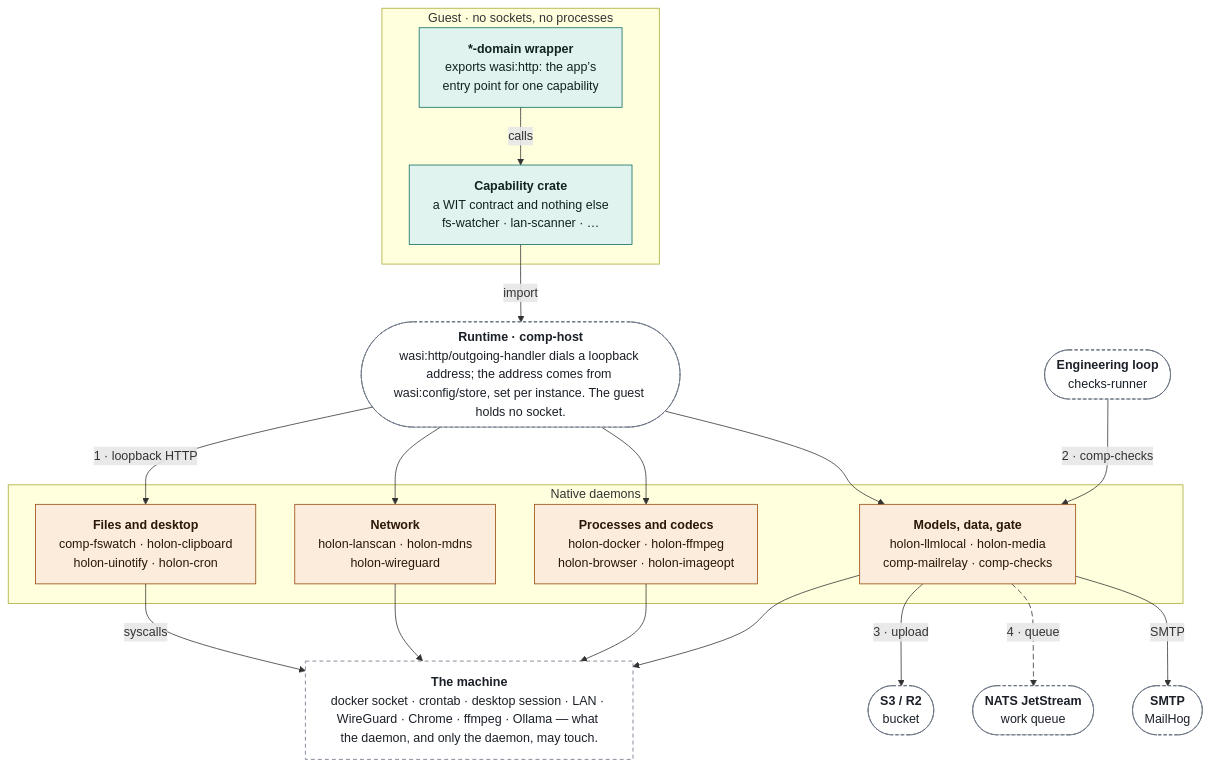
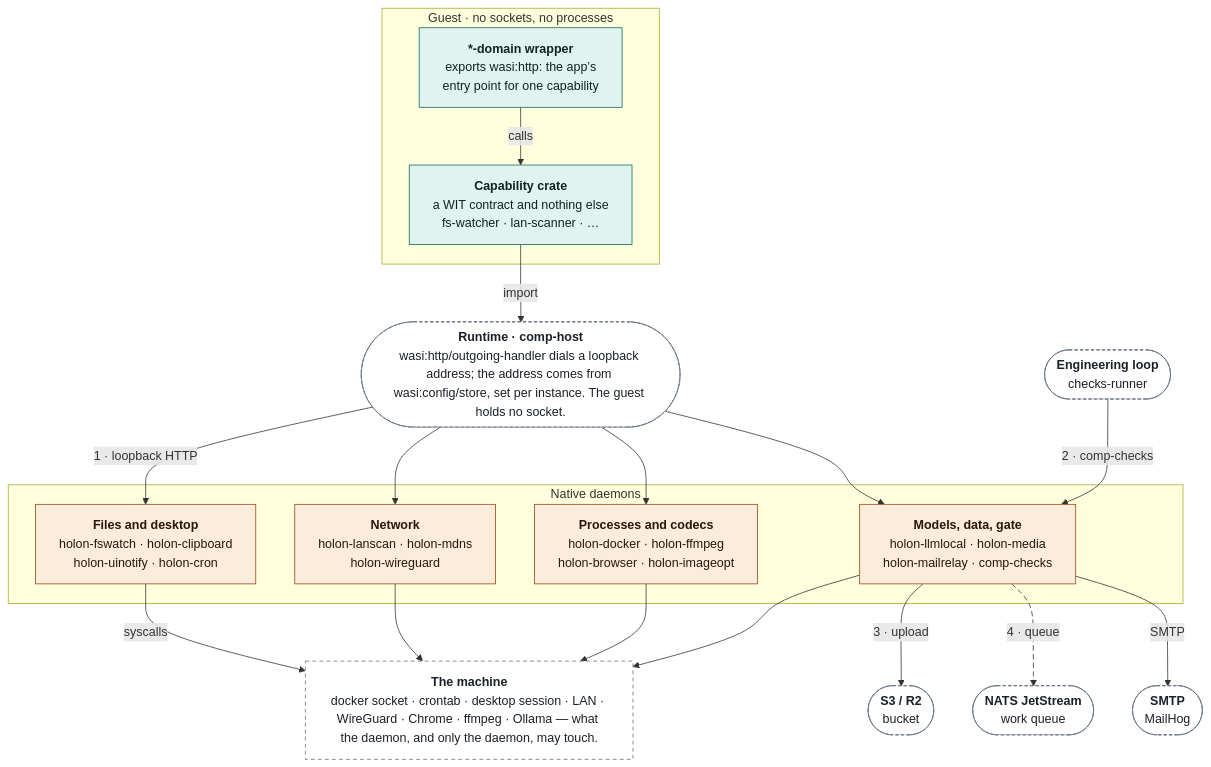
Before and after one commit to markkovari/holon: the sixth of 11 diagrams in docs/ARCHITECTURE.md, drawn with Mermaid. The commit also changed other lines of this file and 38 other files, not shown here.

````diff
--- a/docs/ARCHITECTURE.md
+++ b/docs/ARCHITECTURE.md
@@ -400,42 +400,42 @@
 ```mermaid
 %%{init: {"flowchart": {"wrappingWidth": 360}}}%%
 flowchart TB
   classDef wasm fill:#e1f3ef,stroke:#0a6a5f,color:#10231f
   classDef native fill:#fbecdc,stroke:#954709,color:#2b1704
   classDef store fill:#eae7fa,stroke:#4a3fb0,color:#17123f
   classDef actor fill:#e4ebf7,stroke:#2a4977,color:#0f1d33
   classDef spec fill:#eef1f5,stroke:#465160,color:#1b2028
   classDef ext fill:#ffffff,stroke:#667180,color:#1b2028,stroke-dasharray:5 4
   classDef ghost fill:#ffffff,stroke:#667180,color:#1b2028,stroke-dasharray:4 3
   subgraph grp_guest["Guest · no sockets, no processes"]
     n_dom["<b>*-domain wrapper</b><br/>exports wasi:http: the app’s<br/>entry point for one capability"]:::wasm
     n_cap["<b>Capability crate</b><br/>a WIT contract and nothing else<br/>fs-watcher · lan-scanner · …"]:::wasm
   end
   subgraph grp_nd["Native daemons"]
-    n_d_files["<b>Files and desktop</b><br/>comp-fswatch · holon-clipboard<br/>holon-uinotify · holon-cron"]:::native
+    n_d_files["<b>Files and desktop</b><br/>holon-fswatch · holon-clipboard<br/>holon-uinotify · holon-cron"]:::native
     n_d_net["<b>Network</b><br/>holon-lanscan · holon-mdns<br/>holon-wireguard"]:::native
     n_d_proc["<b>Processes and codecs</b><br/>holon-docker · holon-ffmpeg<br/>holon-browser · holon-imageopt"]:::native
-    n_d_data["<b>Models, data, gate</b><br/>holon-llmlocal · holon-media<br/>comp-mailrelay · comp-checks"]:::native
+    n_d_data["<b>Models, data, gate</b><br/>holon-llmlocal · holon-media<br/>holon-mailrelay · comp-checks"]:::native
   end
   n_broker(["<b>Runtime · comp-host</b><br/>wasi:http/outgoing-handler dials a loopback address; the address comes from wasi:config/store, set per instance. The guest holds no socket."]):::ghost
   n_machine["<b>The machine</b><br/>docker socket · crontab · desktop session · LAN · WireGuard · Chrome · ffmpeg · Ollama — what the daemon, and only the daemon, may touch."]:::ext
   n_g_loop(["<b>Engineering loop</b><br/>checks-runner"]):::ghost
   n_g_s3(["<b>S3 / R2</b><br/>bucket"]):::ghost
   n_g_nats(["<b>NATS JetStream</b><br/>work queue"]):::ghost
   n_g_smtp(["<b>SMTP</b><br/>MailHog"]):::ghost
   n_dom -- "calls" --> n_cap
   n_cap -- "import" --> n_broker
   n_d_files -- "syscalls" --> n_machine
   n_d_net --> n_machine
   n_d_proc --> n_machine
   n_d_data --> n_machine
   n_broker -- "1 · loopback HTTP" --> n_d_files
   n_broker --> n_d_net
   n_broker --> n_d_proc
   n_broker --> n_d_data
   n_g_loop -- "2 · comp-checks" --> n_d_data
   n_d_data -- "3 · upload" --> n_g_s3
   n_d_data -- "4 · queue" --> n_g_nats
   n_d_data -- "SMTP" --> n_g_smtp
   linkStyle 12 stroke-dasharray:7 4
 ```
````
